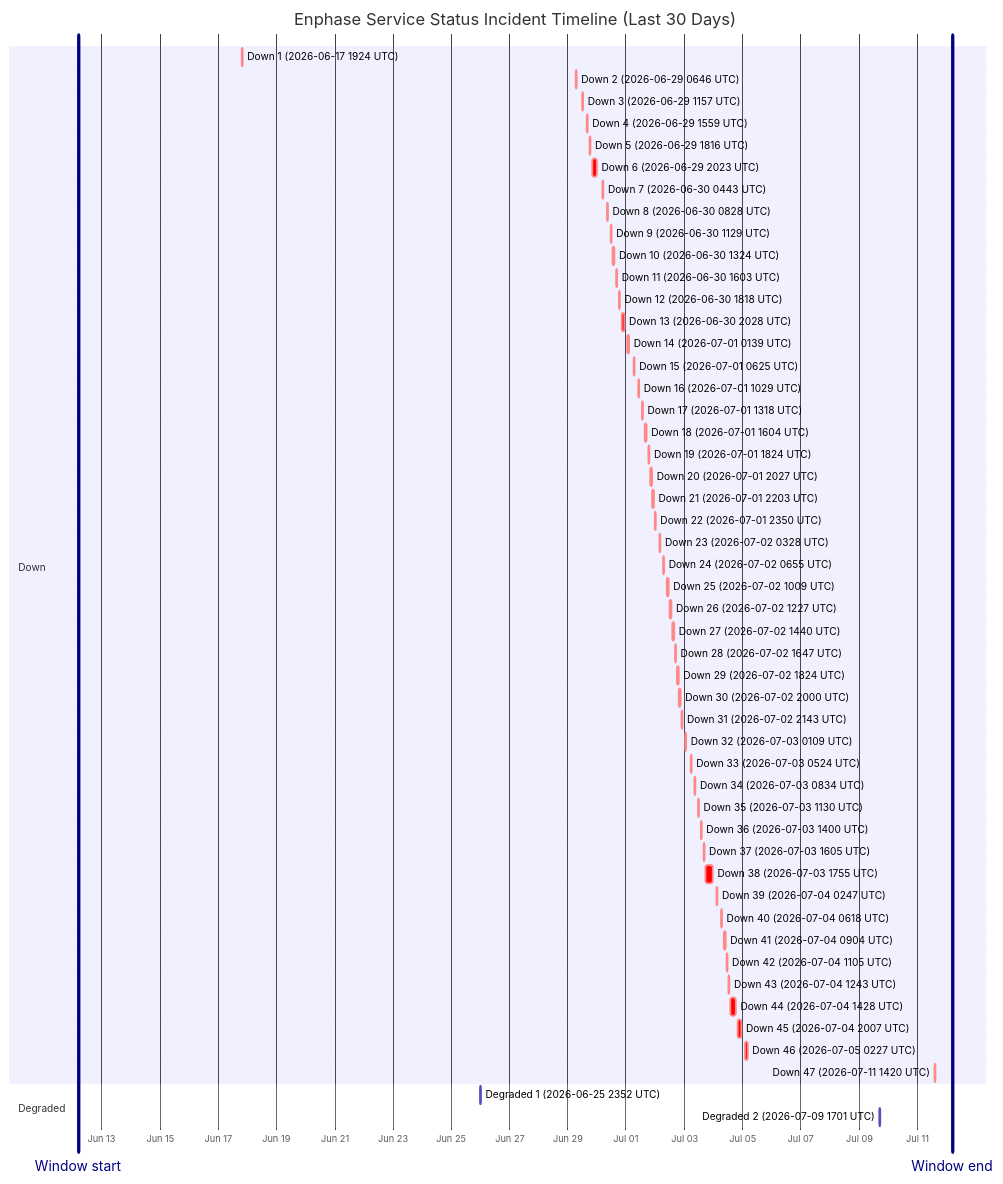
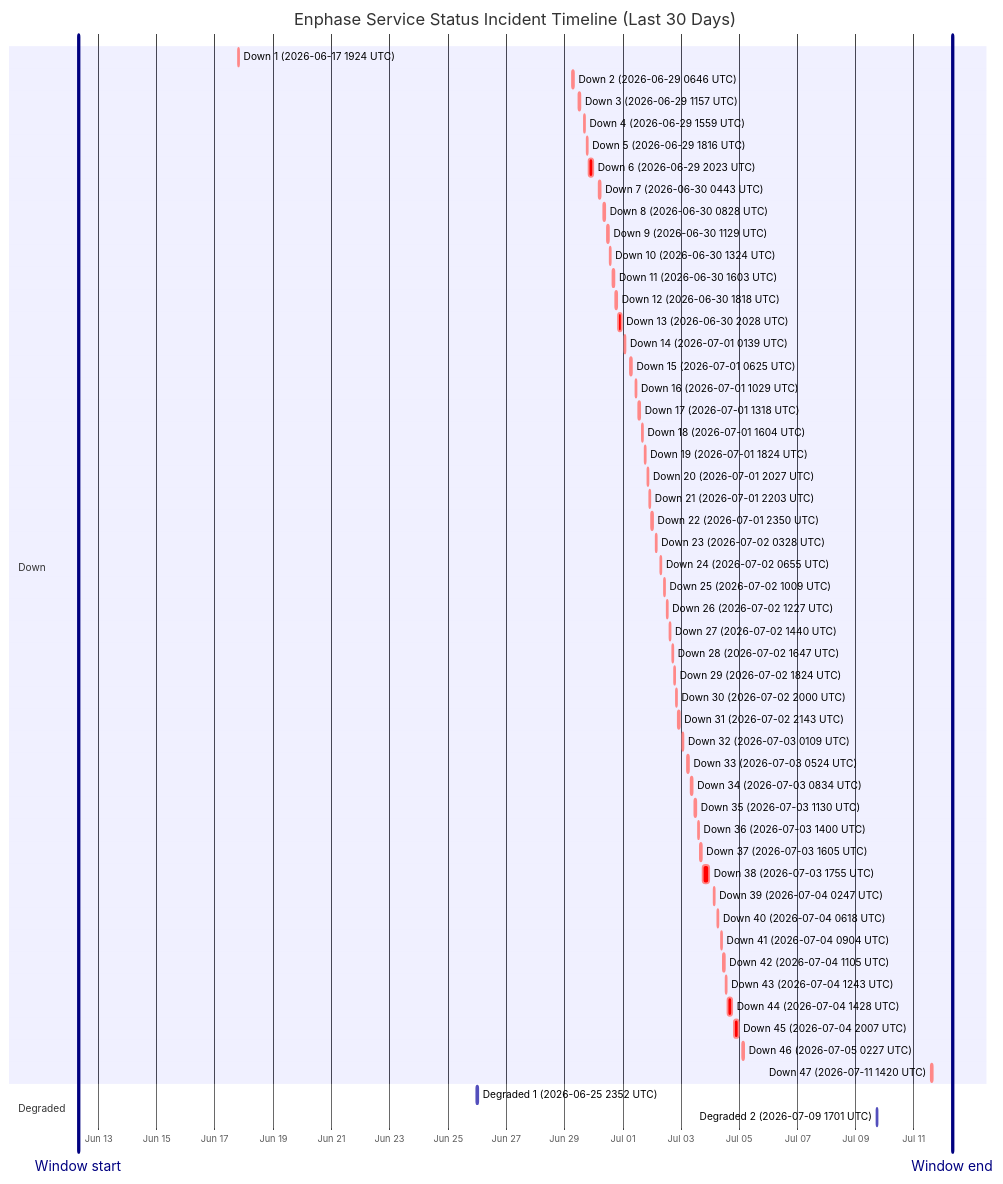
Before and after one commit to barneyonline/ha-enphase-energy: the diagram in wiki/Service-Status-History.md, drawn with Mermaid. The commit also changed other lines of this file and 3 other files, not shown here.

````diff
--- a/wiki/Service-Status-History.md
+++ b/wiki/Service-Status-History.md
@@ -14,59 +14,59 @@
 ```mermaid
 gantt
     title Enphase Service Status Incident Timeline (Last 30 Days)
     dateFormat  YYYY-MM-DDTHH:mm:ss
     axisFormat  %b %d
-    Window start :vert, window-start, 2026-06-12T04:51:19, 0ms
-    Window end :vert, window-end, 2026-07-12T04:51:19, 0ms
+    Window start :vert, window-start, 2026-06-12T07:27:37, 0ms
+    Window end :vert, window-end, 2026-07-12T07:27:37, 0ms
     section Down
     Down 1 (2026-06-17 1924 UTC) :crit, down-1, 2026-06-17T19:24:51, 60m
     Down 2 (2026-06-29 0646 UTC) :crit, down-2, 2026-06-29T06:46:18, 60m
     Down 3 (2026-06-29 1157 UTC) :crit, down-3, 2026-06-29T11:57:36, 60m
     Down 4 (2026-06-29 1559 UTC) :crit, down-4, 2026-06-29T15:59:02, 60m
     Down 5 (2026-06-29 1816 UTC) :crit, down-5, 2026-06-29T18:16:38, 60m
     Down 6 (2026-06-29 2023 UTC) :crit, down-6, 2026-06-29T20:23:16, 220m
     Down 7 (2026-06-30 0443 UTC) :crit, down-7, 2026-06-30T04:43:54, 60m
     Down 8 (2026-06-30 0828 UTC) :crit, down-8, 2026-06-30T08:28:43, 60m
     Down 9 (2026-06-30 1129 UTC) :crit, down-9, 2026-06-30T11:29:15, 60m
     Down 10 (2026-06-30 1324 UTC) :crit, down-10, 2026-06-30T13:24:25, 60m
     Down 11 (2026-06-30 1603 UTC) :crit, down-11, 2026-06-30T16:03:26, 60m
     Down 12 (2026-06-30 1818 UTC) :crit, down-12, 2026-06-30T18:18:39, 60m
     Down 13 (2026-06-30 2028 UTC) :crit, down-13, 2026-06-30T20:28:54, 171m
     Down 14 (2026-07-01 0139 UTC) :crit, down-14, 2026-07-01T01:39:18, 60m
     Down 15 (2026-07-01 0625 UTC) :crit, down-15, 2026-07-01T06:25:35, 60m
     Down 16 (2026-07-01 1029 UTC) :crit, down-16, 2026-07-01T10:29:24, 60m
     Down 17 (2026-07-01 1318 UTC) :crit, down-17, 2026-07-01T13:18:31, 60m
     Down 18 (2026-07-01 1604 UTC) :crit, down-18, 2026-07-01T16:04:29, 60m
     Down 19 (2026-07-01 1824 UTC) :crit, down-19, 2026-07-01T18:24:21, 60m
     Down 20 (2026-07-01 2027 UTC) :crit, down-20, 2026-07-01T20:27:17, 60m
     Down 21 (2026-07-01 2203 UTC) :crit, down-21, 2026-07-01T22:03:46, 60m
     Down 22 (2026-07-01 2350 UTC) :crit, down-22, 2026-07-01T23:50:52, 60m
     Down 23 (2026-07-02 0328 UTC) :crit, down-23, 2026-07-02T03:28:33, 60m
     Down 24 (2026-07-02 0655 UTC) :crit, down-24, 2026-07-02T06:55:07, 60m
     Down 25 (2026-07-02 1009 UTC) :crit, down-25, 2026-07-02T10:09:15, 60m
     Down 26 (2026-07-02 1227 UTC) :crit, down-26, 2026-07-02T12:27:49, 60m
     Down 27 (2026-07-02 1440 UTC) :crit, down-27, 2026-07-02T14:40:53, 60m
     Down 28 (2026-07-02 1647 UTC) :crit, down-28, 2026-07-02T16:47:47, 60m
     Down 29 (2026-07-02 1824 UTC) :crit, down-29, 2026-07-02T18:24:26, 60m
     Down 30 (2026-07-02 2000 UTC) :crit, down-30, 2026-07-02T20:00:57, 60m
     Down 31 (2026-07-02 2143 UTC) :crit, down-31, 2026-07-02T21:43:52, 80m
     Down 32 (2026-07-03 0109 UTC) :crit, down-32, 2026-07-03T01:09:19, 60m
     Down 33 (2026-07-03 0524 UTC) :crit, down-33, 2026-07-03T05:24:23, 60m
     Down 34 (2026-07-03 0834 UTC) :crit, down-34, 2026-07-03T08:34:05, 60m
     Down 35 (2026-07-03 1130 UTC) :crit, down-35, 2026-07-03T11:30:41, 60m
     Down 36 (2026-07-03 1400 UTC) :crit, down-36, 2026-07-03T14:00:48, 60m
     Down 37 (2026-07-03 1605 UTC) :crit, down-37, 2026-07-03T16:05:49, 60m
     Down 38 (2026-07-03 1755 UTC) :crit, down-38, 2026-07-03T17:55:54, 338m
     Down 39 (2026-07-04 0247 UTC) :crit, down-39, 2026-07-04T02:47:22, 60m
     Down 40 (2026-07-04 0618 UTC) :crit, down-40, 2026-07-04T06:18:09, 60m
     Down 41 (2026-07-04 0904 UTC) :crit, down-41, 2026-07-04T09:04:41, 60m
     Down 42 (2026-07-04 1105 UTC) :crit, down-42, 2026-07-04T11:05:21, 60m
     Down 43 (2026-07-04 1243 UTC) :crit, down-43, 2026-07-04T12:43:25, 60m
     Down 44 (2026-07-04 1428 UTC) :crit, down-44, 2026-07-04T14:28:07, 243m
     Down 45 (2026-07-04 2007 UTC) :crit, down-45, 2026-07-04T20:07:50, 206m
     Down 46 (2026-07-05 0227 UTC) :crit, down-46, 2026-07-05T02:27:32, 109m
     Down 47 (2026-07-11 1420 UTC) :crit, down-47, 2026-07-11T14:20:54, 69m
     section Degraded
     Degraded 1 (2026-06-25 2352 UTC) :active, degraded-1, 2026-06-25T23:52:01, 60m
     Degraded 2 (2026-07-09 1701 UTC) :active, degraded-2, 2026-07-09T17:01:02, 60m
 ```
````
